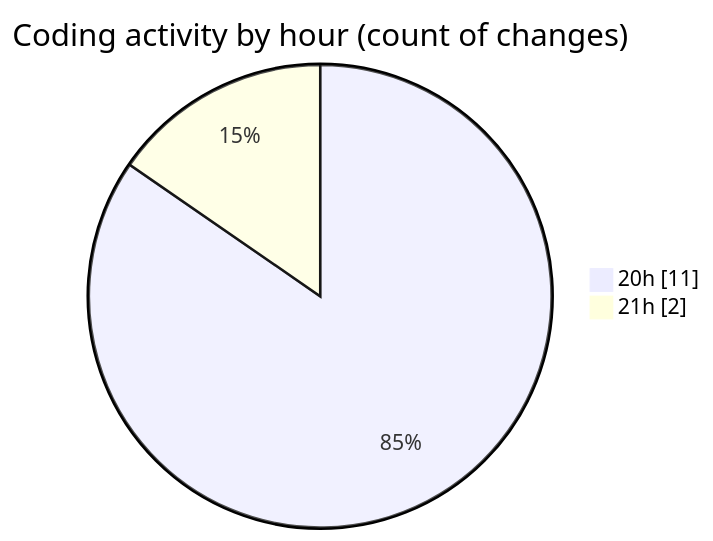
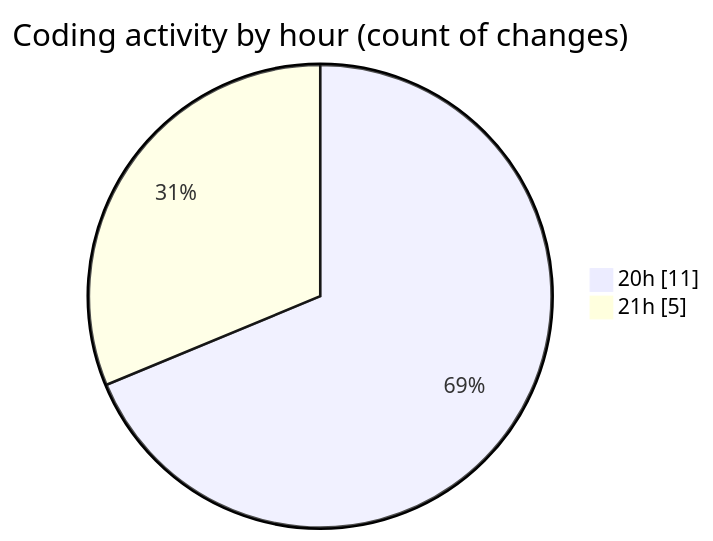
Before and after one commit to MatusMokan/code-tracking: the second of 2 diagrams in 2025-04-10/myws__workspace_/README.md, drawn with Mermaid. The commit also changed other lines of this file and 1 other file, not shown here.

````diff
--- a/2025-04-10/myws__workspace_/README.md
+++ b/2025-04-10/myws__workspace_/README.md
@@ -30,6 +30,6 @@
 ```mermaid
 pie showData
 title Coding activity by hour (count of changes)
 "20h" : 11
-"21h" : 2
+"21h" : 5
 ```
````
